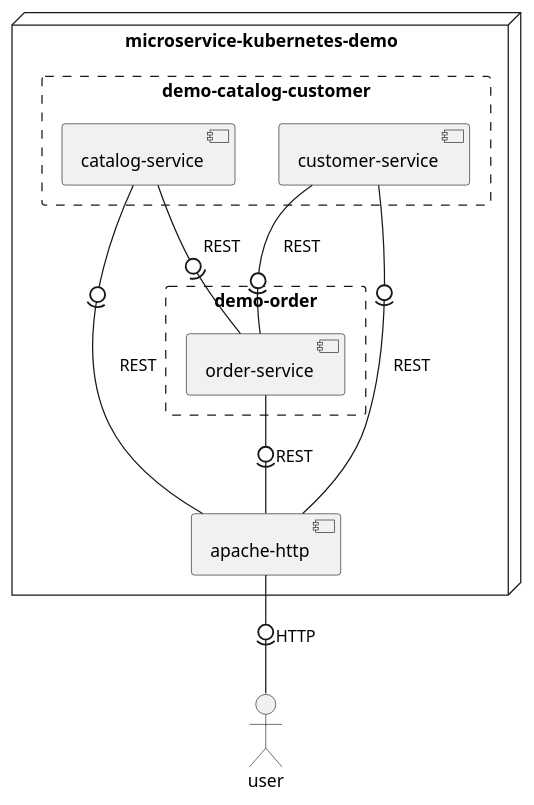
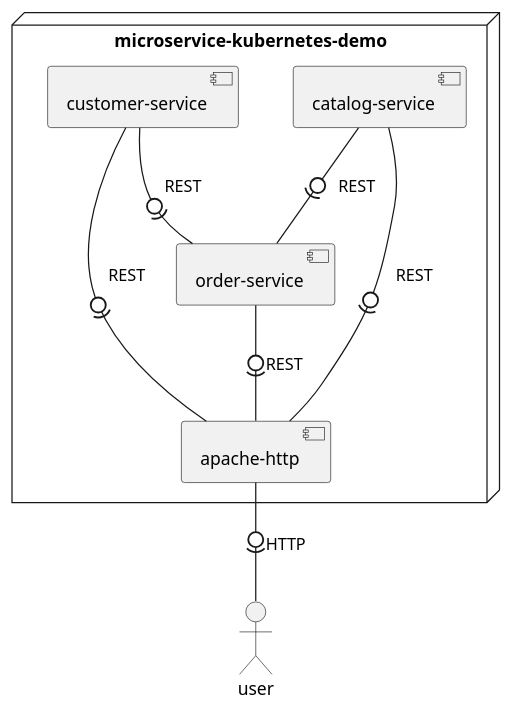
The diagram in microservice-kubernetes-demo.puml (TuncerCatalkaya/chaos-engineering-tools-examples), drawn with PlantUML before and after one commit. The commit also changed 1 other file, not shown here.

Commit message:
component diagram removed namespaces

```diff
--- a/microservice-kubernetes-demo.puml
+++ b/microservice-kubernetes-demo.puml
@@ -1,26 +1,20 @@
 @startuml
 'https://plantuml.com/component-diagram
 
 actor user
 node "microservice-kubernetes-demo" {
-    rectangle "demo-catalog-customer" as demoCatalogCustomer #line.dashed {
-        component "catalog-service" as catalogService
-        component "customer-service" as customerService
-    }
-
-    rectangle "demo-order" as demoOrder #line.dashed {
-        component "order-service" as orderService
-    }
-
+    component "catalog-service" as catalogService
+    component "customer-service" as customerService
+    component "order-service" as orderService
     component "apache-http" as apacheHttp
 }
 
 user -up(0- apacheHttp: HTTP
 
 catalogService -0)- apacheHttp: REST
 customerService -0)- apacheHttp: REST
 orderService -0)- apacheHttp: REST
 
-catalogService -right0)- orderService: REST
-customerService -down0)- orderService: REST
+catalogService -0)- orderService: REST
+customerService -0)- orderService: REST
 @enduml
```
